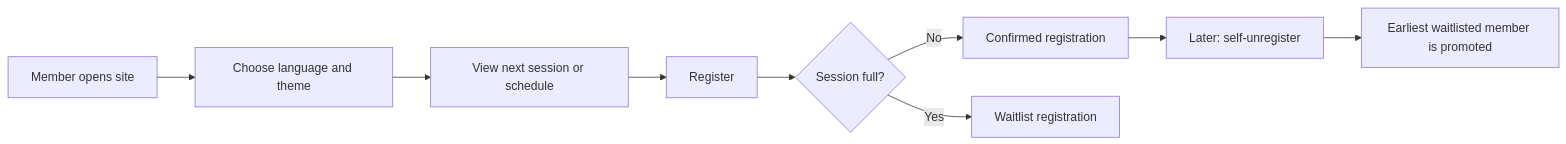
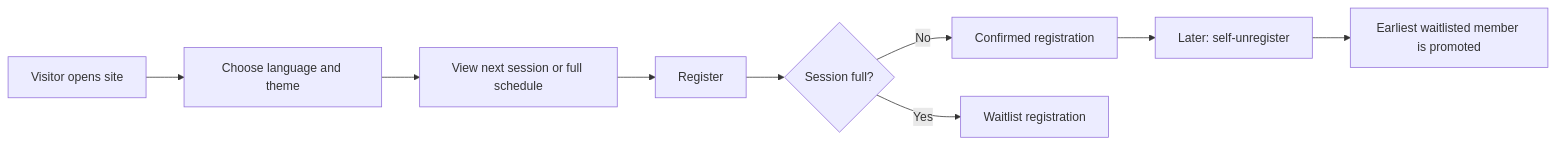
One commit to Youmayu/ntnui-bordtennis changed the diagram in README.md. Above: the diagram before and after it, drawn with Mermaid. The commit also changed other lines of this file, not shown here.

````diff
--- a/README.md
+++ b/README.md
@@ -45,11 +48,11 @@
 ```mermaid
 flowchart LR
-    A["Member opens site"] --> B["Choose language and theme"]
-    B --> C["View next session or schedule"]
+    A["Visitor opens site"] --> B["Choose language and theme"]
+    B --> C["View next session or full schedule"]
     C --> D["Register"]
     D --> E{"Session full?"}
     E -->|No| F["Confirmed registration"]
     E -->|Yes| G["Waitlist registration"]
     F --> H["Later: self-unregister"]
     H --> I["Earliest waitlisted member is promoted"]
 ```
````
